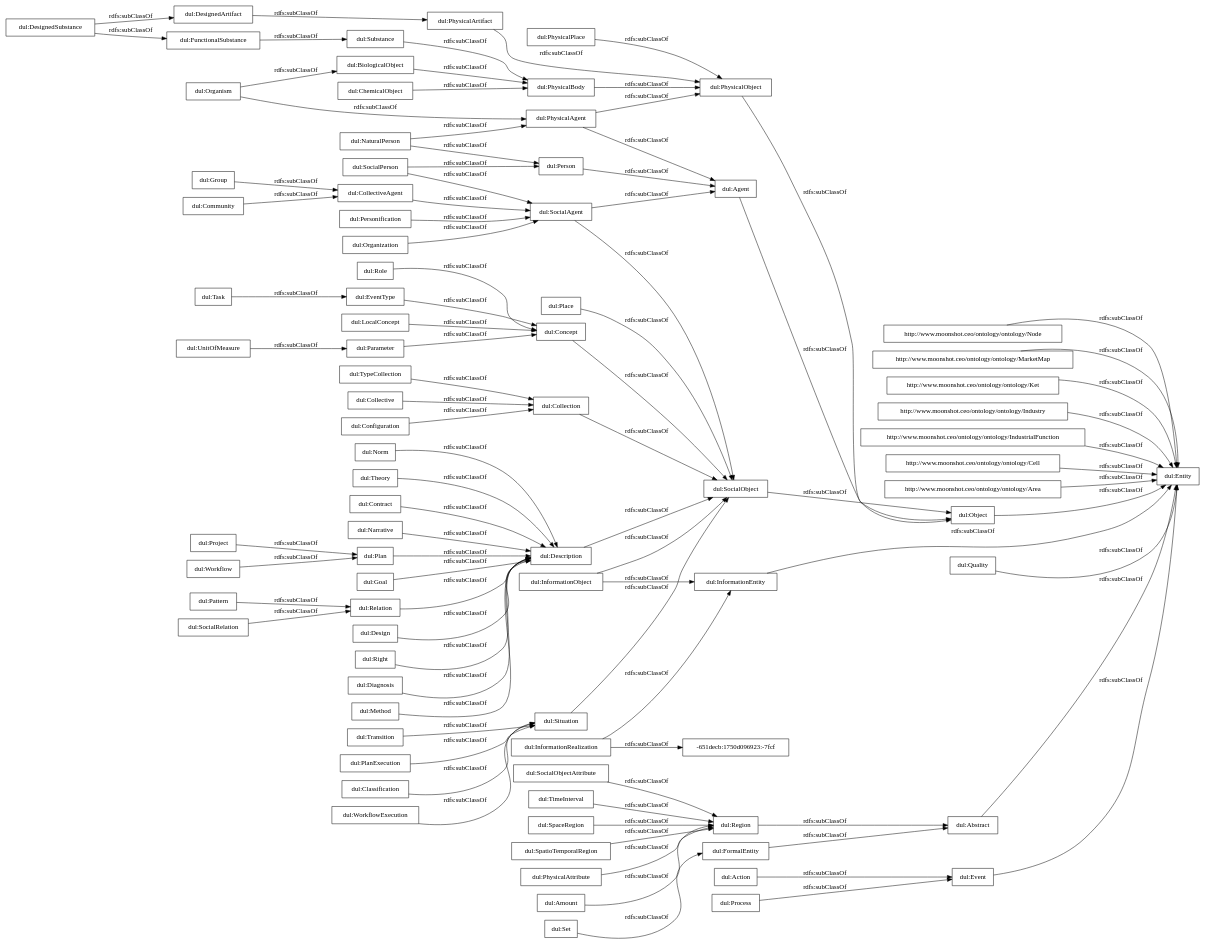
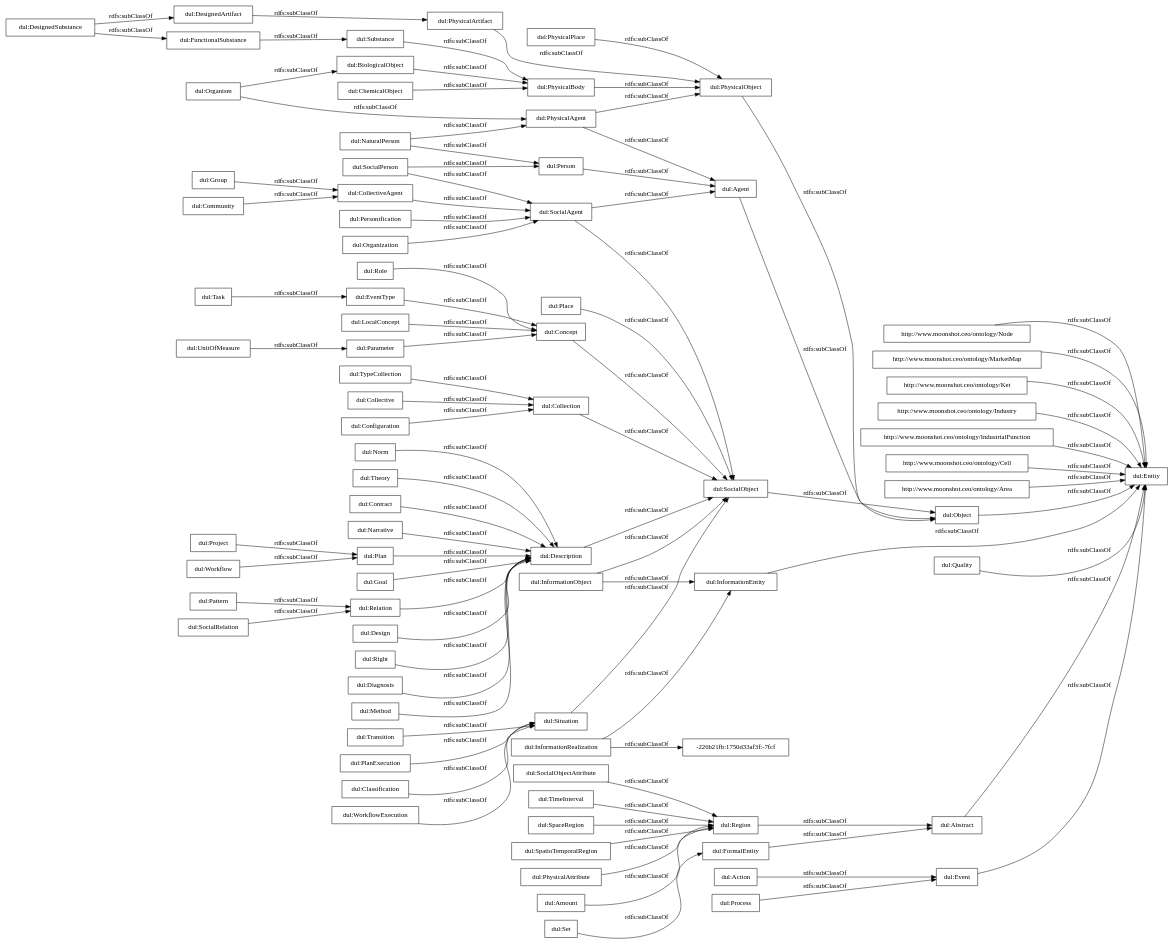
Before and after one commit to oeg-upm/IEBrain: the diagram in OnToology/iebrain-core.owl/diagrams/ar2dtool-taxonomy/iebrain-core.owl.png.dot, drawn with Graphviz. The commit also changed 5 other files, not shown here.

```diff
--- a/OnToology/iebrain-core.owl/diagrams/ar2dtool-taxonomy/iebrain-core.owl.png.dot
+++ b/OnToology/iebrain-core.owl/diagrams/ar2dtool-taxonomy/iebrain-core.owl.png.dot
@@ -1,95 +1,95 @@
 digraph ar2dtool_diagram { 
 rankdir=LR;
 size="1000"
-node [shape = rectangle, color="black"]; "http://www.moonshot.ceo/ontology/ontology/Node" "http://www.moonshot.ceo/ontology/ontology/MarketMap" "http://www.moonshot.ceo/ontology/ontology/Ket" "http://www.moonshot.ceo/ontology/ontology/Industry" "http://www.moonshot.ceo/ontology/ontology/IndustrialFunction" "http://www.moonshot.ceo/ontology/ontology/Cell" "http://www.moonshot.ceo/ontology/ontology/Area" "dul:Goal" "dul:FormalEntity" "dul:EventType" "dul:PhysicalBody" "dul:Object" "dul:Description" "dul:PhysicalAgent" "dul:Relation" "dul:Role" "dul:Entity" "dul:Organism" "dul:Personification" "dul:Situation" "dul:UnitOfMeasure" "dul:Abstract" "dul:SocialPerson" "dul:Transition" "dul:Collective" "dul:CollectiveAgent" "dul:Amount" "-651decb:1750d096923:-7fcf" "dul:Plan" "dul:Design" "dul:Process" "dul:SocialObjectAttribute" "dul:Right" "dul:Task" "dul:DesignedSubstance" "dul:BiologicalObject" "dul:Place" "dul:Quality" "dul:Action" "dul:SocialAgent" "dul:Configuration" "dul:Project" "dul:PlanExecution" "dul:Pattern" "dul:Diagnosis" "dul:Agent" "dul:Classification" "dul:Parameter" "dul:WorkflowExecution" "dul:SocialObject" "dul:Group" "dul:Community" "dul:FunctionalSubstance" "dul:PhysicalPlace" "dul:Method" "dul:Concept" "dul:SocialRelation" "dul:Event" "dul:DesignedArtifact" "dul:TimeInterval" "dul:TypeCollection" "dul:Person" "dul:SpaceRegion" "dul:PhysicalObject" "dul:SpatioTemporalRegion" "dul:Norm" "dul:InformationRealization" "dul:Theory" "dul:PhysicalAttribute" "dul:NaturalPerson" "dul:Workflow" "dul:InformationObject" "dul:ChemicalObject" "dul:Contract" "dul:Narrative" "dul:Collection" "dul:Substance" "dul:Region" "dul:InformationEntity" "dul:PhysicalArtifact" "dul:Organization" "dul:Set" "dul:LocalConcept" ; /*classes style*/
+node [shape = rectangle, color="black"]; "http://www.moonshot.ceo/ontology/Node" "http://www.moonshot.ceo/ontology/MarketMap" "http://www.moonshot.ceo/ontology/Ket" "http://www.moonshot.ceo/ontology/Industry" "http://www.moonshot.ceo/ontology/IndustrialFunction" "http://www.moonshot.ceo/ontology/Cell" "http://www.moonshot.ceo/ontology/Area" "dul:Goal" "dul:FormalEntity" "dul:EventType" "dul:PhysicalBody" "dul:Object" "dul:Description" "dul:PhysicalAgent" "dul:Relation" "dul:Role" "dul:Entity" "dul:Organism" "dul:Personification" "dul:Situation" "dul:UnitOfMeasure" "dul:Abstract" "dul:SocialPerson" "dul:Transition" "dul:Collective" "dul:CollectiveAgent" "dul:Amount" "dul:Plan" "dul:Design" "dul:Process" "dul:SocialObjectAttribute" "dul:Right" "dul:Task" "dul:DesignedSubstance" "dul:BiologicalObject" "dul:Place" "dul:Quality" "dul:Action" "dul:SocialAgent" "dul:Configuration" "dul:Project" "dul:PlanExecution" "dul:Pattern" "dul:Diagnosis" "dul:Agent" "dul:Classification" "dul:Parameter" "dul:WorkflowExecution" "dul:SocialObject" "dul:Group" "dul:Community" "dul:FunctionalSubstance" "dul:PhysicalPlace" "dul:Method" "dul:Concept" "dul:SocialRelation" "dul:Event" "dul:DesignedArtifact" "dul:TimeInterval" "dul:Person" "dul:TypeCollection" "dul:SpaceRegion" "dul:PhysicalObject" "dul:SpatioTemporalRegion" "dul:Norm" "-226b21fb:1750d33af3f:-7fcf" "dul:InformationRealization" "dul:Theory" "dul:PhysicalAttribute" "dul:NaturalPerson" "dul:Workflow" "dul:InformationObject" "dul:ChemicalObject" "dul:Contract" "dul:Narrative" "dul:Collection" "dul:Substance" "dul:Region" "dul:InformationEntity" "dul:PhysicalArtifact" "dul:Organization" "dul:Set" "dul:LocalConcept" ; /*classes style*/
 	"dul:CollectiveAgent" -> "dul:SocialAgent" [ label = "rdfs:subClassOf" ];
 	"dul:Region" -> "dul:Abstract" [ label = "rdfs:subClassOf" ];
 	"dul:TypeCollection" -> "dul:Collection" [ label = "rdfs:subClassOf" ];
 	"dul:PhysicalAttribute" -> "dul:Region" [ label = "rdfs:subClassOf" ];
 	"dul:Organization" -> "dul:SocialAgent" [ label = "rdfs:subClassOf" ];
+	"http://www.moonshot.ceo/ontology/Node" -> "dul:Entity" [ label = "rdfs:subClassOf" ];
 	"dul:Configuration" -> "dul:Collection" [ label = "rdfs:subClassOf" ];
 	"dul:Quality" -> "dul:Entity" [ label = "rdfs:subClassOf" ];
-	"http://www.moonshot.ceo/ontology/ontology/Node" -> "dul:Entity" [ label = "rdfs:subClassOf" ];
 	"dul:Description" -> "dul:SocialObject" [ label = "rdfs:subClassOf" ];
 	"dul:Community" -> "dul:CollectiveAgent" [ label = "rdfs:subClassOf" ];
 	"dul:Method" -> "dul:Description" [ label = "rdfs:subClassOf" ];
 	"dul:Concept" -> "dul:SocialObject" [ label = "rdfs:subClassOf" ];
 	"dul:Object" -> "dul:Entity" [ label = "rdfs:subClassOf" ];
 	"dul:Place" -> "dul:SocialObject" [ label = "rdfs:subClassOf" ];
 	"dul:PhysicalArtifact" -> "dul:PhysicalObject" [ label = "rdfs:subClassOf" ];
 	"dul:Organism" -> "dul:PhysicalAgent" [ label = "rdfs:subClassOf" ];
 	"dul:Organism" -> "dul:BiologicalObject" [ label = "rdfs:subClassOf" ];
 	"dul:Goal" -> "dul:Description" [ label = "rdfs:subClassOf" ];
 	"dul:FunctionalSubstance" -> "dul:Substance" [ label = "rdfs:subClassOf" ];
 	"dul:Role" -> "dul:Concept" [ label = "rdfs:subClassOf" ];
 	"dul:Collective" -> "dul:Collection" [ label = "rdfs:subClassOf" ];
 	"dul:InformationObject" -> "dul:SocialObject" [ label = "rdfs:subClassOf" ];
 	"dul:InformationObject" -> "dul:InformationEntity" [ label = "rdfs:subClassOf" ];
 	"dul:UnitOfMeasure" -> "dul:Parameter" [ label = "rdfs:subClassOf" ];
 	"dul:SocialObjectAttribute" -> "dul:Region" [ label = "rdfs:subClassOf" ];
-	"dul:Set" -> "dul:FormalEntity" [ label = "rdfs:subClassOf" ];
 	"dul:WorkflowExecution" -> "dul:Situation" [ label = "rdfs:subClassOf" ];
 	"dul:Right" -> "dul:Description" [ label = "rdfs:subClassOf" ];
 	"dul:Task" -> "dul:EventType" [ label = "rdfs:subClassOf" ];
+	"dul:Set" -> "dul:FormalEntity" [ label = "rdfs:subClassOf" ];
 	"dul:DesignedSubstance" -> "dul:FunctionalSubstance" [ label = "rdfs:subClassOf" ];
 	"dul:DesignedSubstance" -> "dul:DesignedArtifact" [ label = "rdfs:subClassOf" ];
-	"http://www.moonshot.ceo/ontology/ontology/MarketMap" -> "dul:Entity" [ label = "rdfs:subClassOf" ];
 	"dul:SocialObject" -> "dul:Object" [ label = "rdfs:subClassOf" ];
 	"dul:Parameter" -> "dul:Concept" [ label = "rdfs:subClassOf" ];
-	"dul:InformationRealization" -> "-651decb:1750d096923:-7fcf" [ label = "rdfs:subClassOf" ];
+	"dul:InformationRealization" -> "-226b21fb:1750d33af3f:-7fcf" [ label = "rdfs:subClassOf" ];
 	"dul:InformationRealization" -> "dul:InformationEntity" [ label = "rdfs:subClassOf" ];
-	"http://www.moonshot.ceo/ontology/ontology/Ket" -> "dul:Entity" [ label = "rdfs:subClassOf" ];
 	"dul:Substance" -> "dul:PhysicalBody" [ label = "rdfs:subClassOf" ];
+	"dul:Event" -> "dul:Entity" [ label = "rdfs:subClassOf" ];
 	"dul:PhysicalAgent" -> "dul:PhysicalObject" [ label = "rdfs:subClassOf" ];
 	"dul:PhysicalAgent" -> "dul:Agent" [ label = "rdfs:subClassOf" ];
-	"dul:Event" -> "dul:Entity" [ label = "rdfs:subClassOf" ];
-	"http://www.moonshot.ceo/ontology/ontology/Area" -> "dul:Entity" [ label = "rdfs:subClassOf" ];
+	"http://www.moonshot.ceo/ontology/Area" -> "dul:Entity" [ label = "rdfs:subClassOf" ];
 	"dul:Project" -> "dul:Plan" [ label = "rdfs:subClassOf" ];
 	"dul:PhysicalObject" -> "dul:Object" [ label = "rdfs:subClassOf" ];
+	"dul:Action" -> "dul:Event" [ label = "rdfs:subClassOf" ];
 	"dul:Situation" -> "dul:SocialObject" [ label = "rdfs:subClassOf" ];
-	"dul:Action" -> "dul:Event" [ label = "rdfs:subClassOf" ];
 	"dul:Design" -> "dul:Description" [ label = "rdfs:subClassOf" ];
 	"dul:EventType" -> "dul:Concept" [ label = "rdfs:subClassOf" ];
 	"dul:Classification" -> "dul:Situation" [ label = "rdfs:subClassOf" ];
+	"http://www.moonshot.ceo/ontology/IndustrialFunction" -> "dul:Entity" [ label = "rdfs:subClassOf" ];
 	"dul:Workflow" -> "dul:Plan" [ label = "rdfs:subClassOf" ];
 	"dul:Pattern" -> "dul:Relation" [ label = "rdfs:subClassOf" ];
 	"dul:Transition" -> "dul:Situation" [ label = "rdfs:subClassOf" ];
 	"dul:Norm" -> "dul:Description" [ label = "rdfs:subClassOf" ];
 	"dul:Person" -> "dul:Agent" [ label = "rdfs:subClassOf" ];
+	"http://www.moonshot.ceo/ontology/Ket" -> "dul:Entity" [ label = "rdfs:subClassOf" ];
+	"http://www.moonshot.ceo/ontology/Cell" -> "dul:Entity" [ label = "rdfs:subClassOf" ];
 	"dul:Contract" -> "dul:Description" [ label = "rdfs:subClassOf" ];
 	"dul:PhysicalPlace" -> "dul:PhysicalObject" [ label = "rdfs:subClassOf" ];
-	"http://www.moonshot.ceo/ontology/ontology/Cell" -> "dul:Entity" [ label = "rdfs:subClassOf" ];
 	"dul:Relation" -> "dul:Description" [ label = "rdfs:subClassOf" ];
 	"dul:SocialRelation" -> "dul:Relation" [ label = "rdfs:subClassOf" ];
 	"dul:PlanExecution" -> "dul:Situation" [ label = "rdfs:subClassOf" ];
+	"http://www.moonshot.ceo/ontology/MarketMap" -> "dul:Entity" [ label = "rdfs:subClassOf" ];
 	"dul:LocalConcept" -> "dul:Concept" [ label = "rdfs:subClassOf" ];
 	"dul:FormalEntity" -> "dul:Abstract" [ label = "rdfs:subClassOf" ];
 	"dul:PhysicalBody" -> "dul:PhysicalObject" [ label = "rdfs:subClassOf" ];
-	"http://www.moonshot.ceo/ontology/ontology/Industry" -> "dul:Entity" [ label = "rdfs:subClassOf" ];
+	"http://www.moonshot.ceo/ontology/Industry" -> "dul:Entity" [ label = "rdfs:subClassOf" ];
 	"dul:BiologicalObject" -> "dul:PhysicalBody" [ label = "rdfs:subClassOf" ];
 	"dul:SocialPerson" -> "dul:SocialAgent" [ label = "rdfs:subClassOf" ];
 	"dul:SocialPerson" -> "dul:Person" [ label = "rdfs:subClassOf" ];
 	"dul:NaturalPerson" -> "dul:PhysicalAgent" [ label = "rdfs:subClassOf" ];
 	"dul:NaturalPerson" -> "dul:Person" [ label = "rdfs:subClassOf" ];
-	"http://www.moonshot.ceo/ontology/ontology/IndustrialFunction" -> "dul:Entity" [ label = "rdfs:subClassOf" ];
 	"dul:TimeInterval" -> "dul:Region" [ label = "rdfs:subClassOf" ];
 	"dul:Collection" -> "dul:SocialObject" [ label = "rdfs:subClassOf" ];
 	"dul:InformationEntity" -> "dul:Entity" [ label = "rdfs:subClassOf" ];
 	"dul:SpatioTemporalRegion" -> "dul:Region" [ label = "rdfs:subClassOf" ];
 	"dul:Personification" -> "dul:SocialAgent" [ label = "rdfs:subClassOf" ];
 	"dul:DesignedArtifact" -> "dul:PhysicalArtifact" [ label = "rdfs:subClassOf" ];
 	"dul:ChemicalObject" -> "dul:PhysicalBody" [ label = "rdfs:subClassOf" ];
 	"dul:Narrative" -> "dul:Description" [ label = "rdfs:subClassOf" ];
 	"dul:Process" -> "dul:Event" [ label = "rdfs:subClassOf" ];
 	"dul:Theory" -> "dul:Description" [ label = "rdfs:subClassOf" ];
 	"dul:Abstract" -> "dul:Entity" [ label = "rdfs:subClassOf" ];
 	"dul:SpaceRegion" -> "dul:Region" [ label = "rdfs:subClassOf" ];
 	"dul:Plan" -> "dul:Description" [ label = "rdfs:subClassOf" ];
 	"dul:Group" -> "dul:CollectiveAgent" [ label = "rdfs:subClassOf" ];
 	"dul:SocialAgent" -> "dul:SocialObject" [ label = "rdfs:subClassOf" ];
 	"dul:SocialAgent" -> "dul:Agent" [ label = "rdfs:subClassOf" ];
 	"dul:Diagnosis" -> "dul:Description" [ label = "rdfs:subClassOf" ];
 	"dul:Agent" -> "dul:Object" [ label = "rdfs:subClassOf" ];
 	"dul:Amount" -> "dul:Region" [ label = "rdfs:subClassOf" ];
 
 }
```
